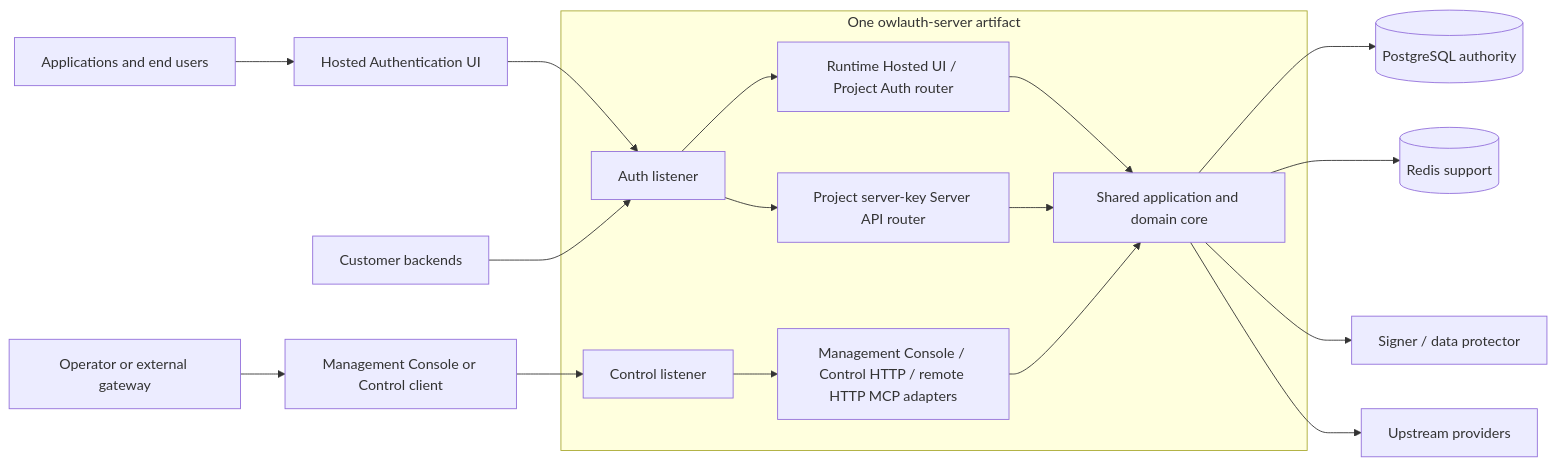
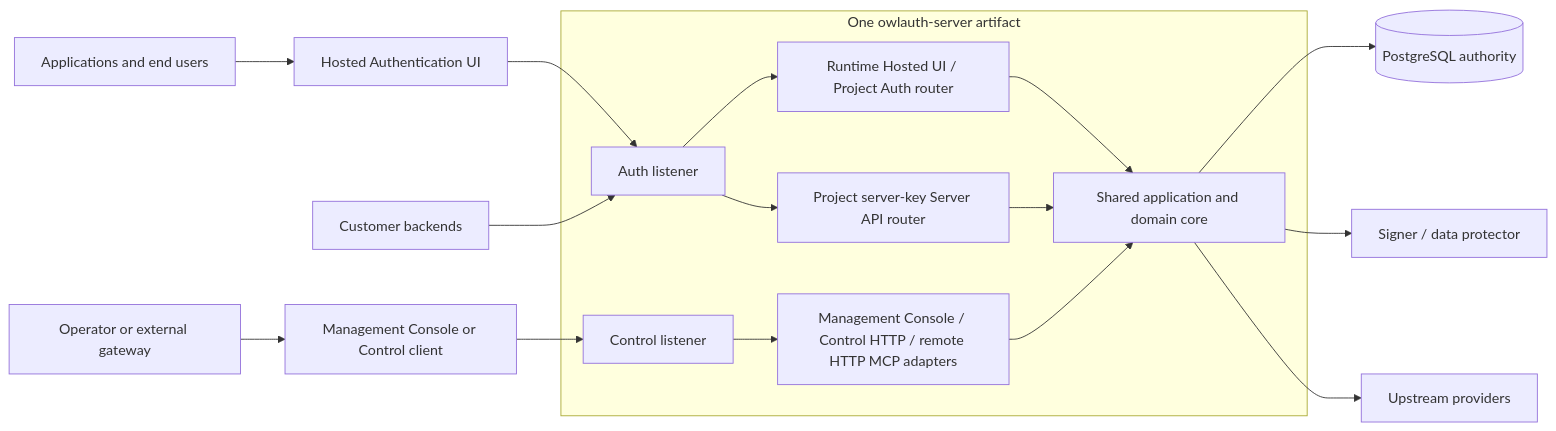
The second of 3 diagrams in docs/guide/architecture.md (owlfoundry/owlauth), drawn with Mermaid before and after one commit. The commit also changed other lines of this file and 155 other files, not shown here.

````diff
--- a/docs/guide/architecture.md
+++ b/docs/guide/architecture.md
@@ -99,22 +99,21 @@
 ```mermaid
 flowchart LR
     Apps[Applications and end users] --> Hosted[Hosted Authentication UI]
     Hosted --> AL[Auth listener]
     Backends[Customer backends] --> AL
     Ops[Operator or external gateway] --> Console[Management Console or Control client]
     Console --> CL[Control listener]
 
     subgraph Server[One owlauth-server artifact]
         AL --> RA[Runtime Hosted UI / Project Auth router]
         AL --> BA[Project server-key Server API router]
         CL --> CA[Management Console / Control HTTP / remote HTTP MCP adapters]
         RA --> Core[Shared application and domain core]
         BA --> Core
         CA --> Core
     end
 
     Core --> PG[(PostgreSQL authority)]
-    Core --> Redis[(Redis support)]
     Core --> Keys[Signer / data protector]
     Core --> IdP[Upstream providers]
 ```
````
